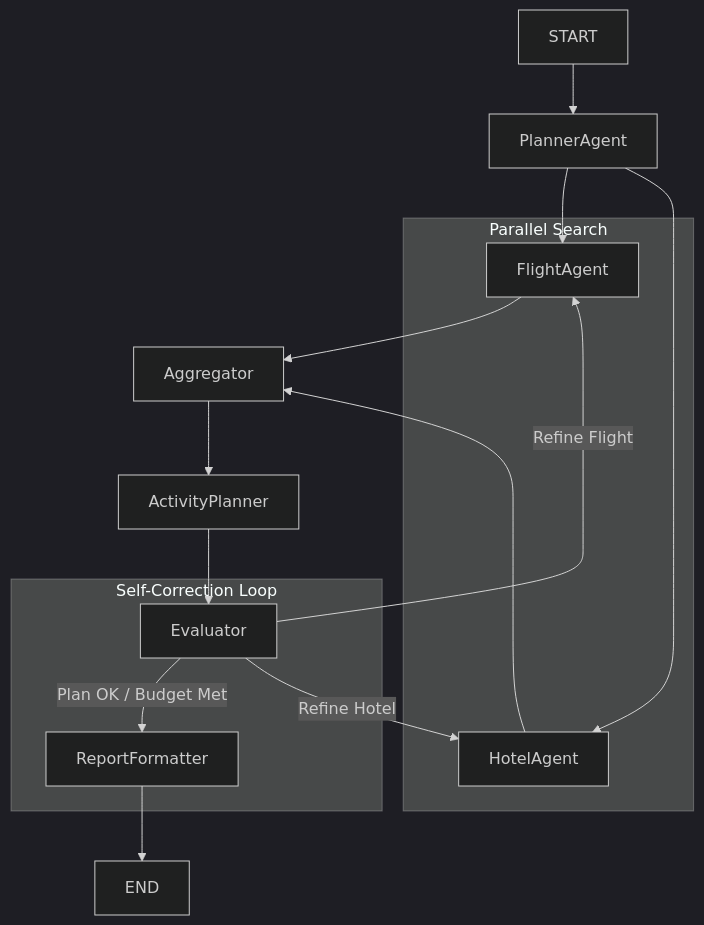
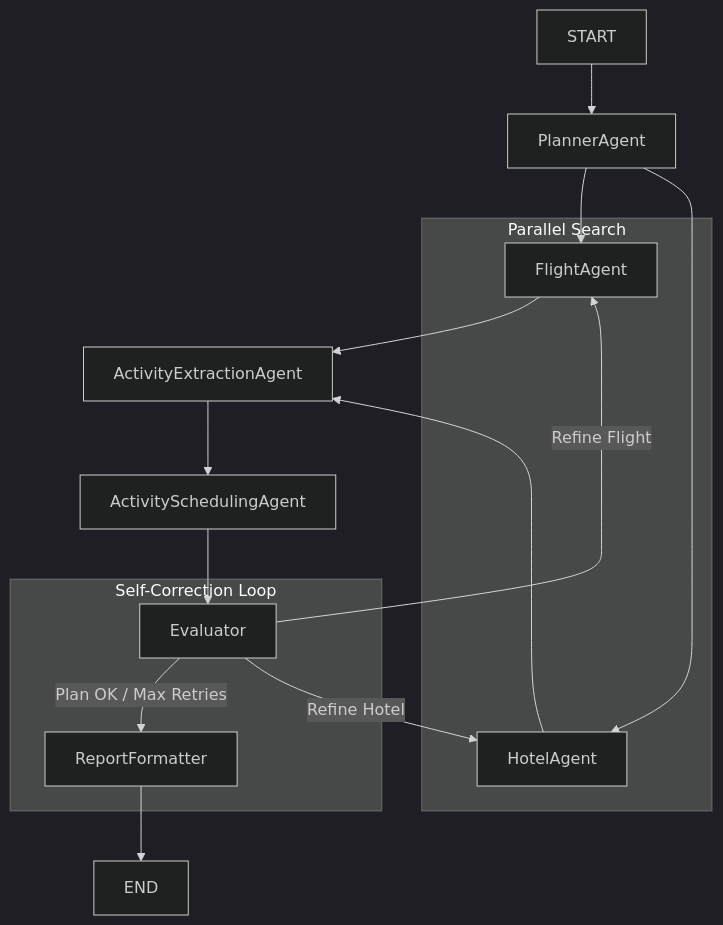
One commit to berkyalkn/AI-travel-agent changed the diagram in README.md. Above: the diagram before and after it, drawn with Mermaid (dark theme). The commit also changed other lines of this file, not shown here.

````diff
--- a/README.md
+++ b/README.md
@@ -39,22 +39,22 @@
 ```mermaid
 graph TD
     START --> PlannerAgent
     PlannerAgent --> FlightAgent & HotelAgent
     
     subgraph "Parallel Search"
       FlightAgent
       HotelAgent
     end
 
-    FlightAgent & HotelAgent --> Aggregator
-    Aggregator --> ActivityPlanner
-    ActivityPlanner --> Evaluator
+    FlightAgent & HotelAgent --> ActivityExtractionAgent
+    ActivityExtractionAgent --> ActivitySchedulingAgent
+    ActivitySchedulingAgent --> Evaluator
     
     subgraph "Self-Correction Loop"
-        Evaluator -- "Plan OK / Budget Met" --> ReportFormatter
+        Evaluator -- "Plan OK / Max Retries" --> ReportFormatter
         Evaluator -- "Refine Hotel" --> HotelAgent
         Evaluator -- "Refine Flight" --> FlightAgent
     end
     
     ReportFormatter --> END
 ```
````
